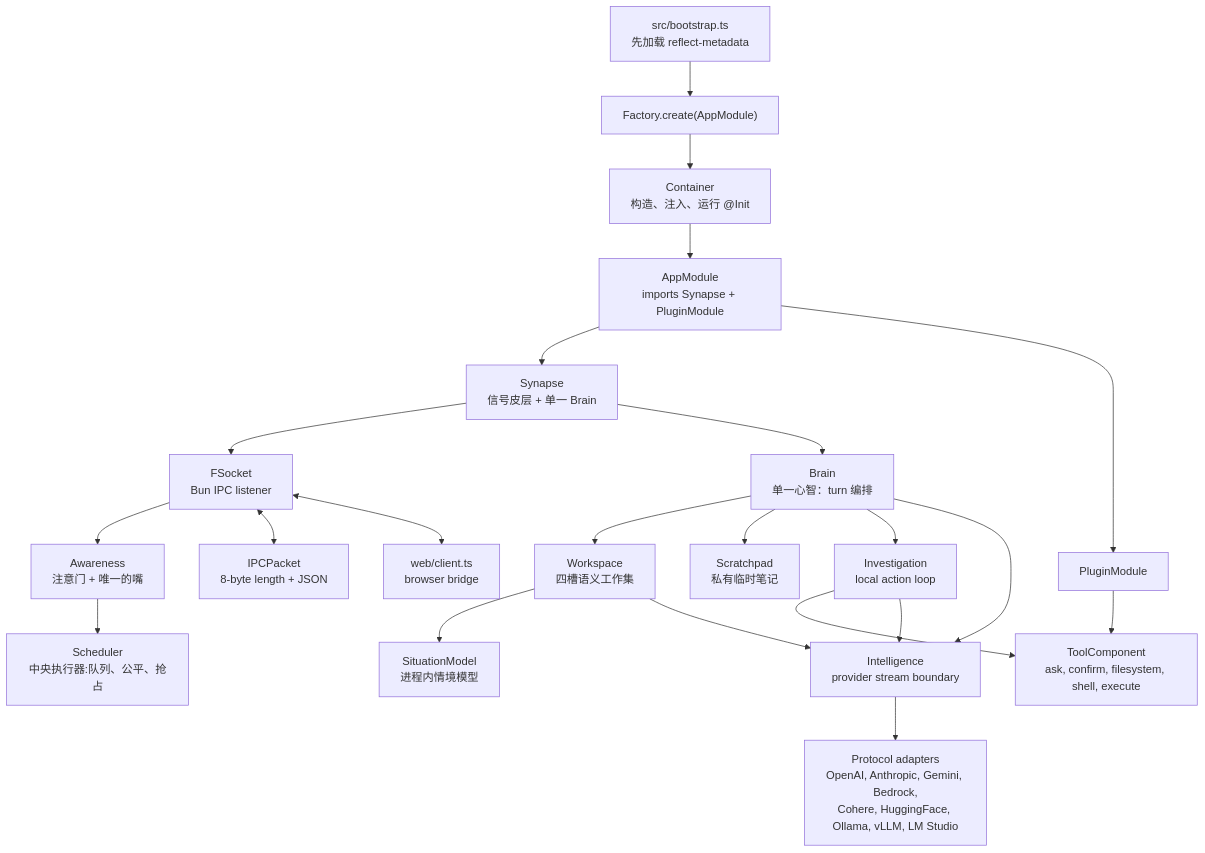
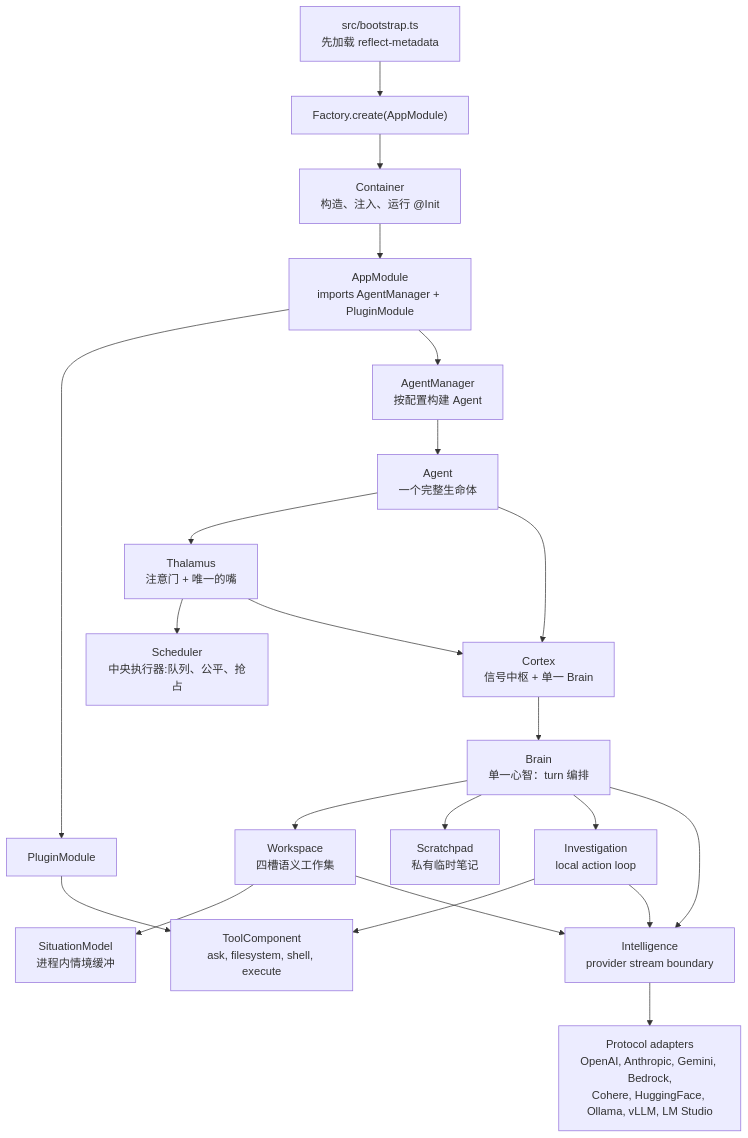
One commit to flyflor/flyflor changed the second of 4 diagrams in README.zh.cn.md. Above: the diagram before and after it, drawn with Mermaid. The commit also changed other lines of this file and 65 other files, not shown here.

````diff
--- a/README.zh.cn.md
+++ b/README.zh.cn.md
@@ -28,27 +46,26 @@
 ```mermaid
 flowchart TB
     Bootstrap["src/bootstrap.ts<br/>先加载 reflect-metadata"] --> Factory["Factory.create(AppModule)"]
     Factory --> Container["Container<br/>构造、注入、运行 @Init"]
-    Container --> AppModule["AppModule<br/>imports Synapse + PluginModule"]
+    Container --> AppModule["AppModule<br/>imports AgentManager + PluginModule"]
+    AppModule --> PluginModule["PluginModule"]
+    PluginModule --> Tools["ToolComponent<br/>ask, filesystem, shell, execute"]
 
-    AppModule --> Synapse["Synapse<br/>信号皮层 + 单一 Brain"]
-    AppModule --> PluginModule["PluginModule"]
-    PluginModule --> Tools["ToolComponent<br/>ask, confirm, filesystem, shell, execute"]
+    AppModule --> Manager["AgentManager<br/>按配置构建 Agent"]
+    Manager --> Agent["Agent<br/>一个完整生命体"]
 
-    Synapse --> Socket["FSocket<br/>Bun IPC listener"]
-    Socket --> Awareness["Awareness<br/>注意门 + 唯一的嘴"]
-    Awareness --> Scheduler["Scheduler<br/>中央执行器:队列、公平、抢占"]
-    Socket <--> Packet["IPCPacket<br/>8-byte length + JSON"]
-    Socket <--> Client["web/client.ts<br/>browser bridge"]
-
-    Synapse --> Brain["Brain<br/>单一心智：turn 编排"]
+    Agent --> Thalamus["Thalamus<br/>注意门 + 唯一的嘴"]
+    Thalamus --> Scheduler["Scheduler<br/>中央执行器:队列、公平、抢占"]
+    Agent --> Cortex["Cortex<br/>信号中枢 + 单一 Brain"]
+    Thalamus --> Cortex
+    Cortex --> Brain["Brain<br/>单一心智：turn 编排"]
     Brain --> Workspace["Workspace<br/>四槽语义工作集"]
-    Workspace --> SituationModel["SituationModel<br/>进程内情境模型"]
+    Workspace --> SituationModel["SituationModel<br/>进程内情境缓冲"]
     Brain --> Scratchpad["Scratchpad<br/>私有临时笔记"]
     Brain --> Investigation["Investigation<br/>local action loop"]
     Brain --> Intelligence["Intelligence<br/>provider stream boundary"]
     Workspace --> Intelligence
     Investigation --> Tools
     Investigation --> Intelligence
     Intelligence --> Protocols["Protocol adapters<br/>OpenAI, Anthropic, Gemini, Bedrock,<br/>Cohere, HuggingFace, Ollama, vLLM, LM Studio"]
 ```
````
